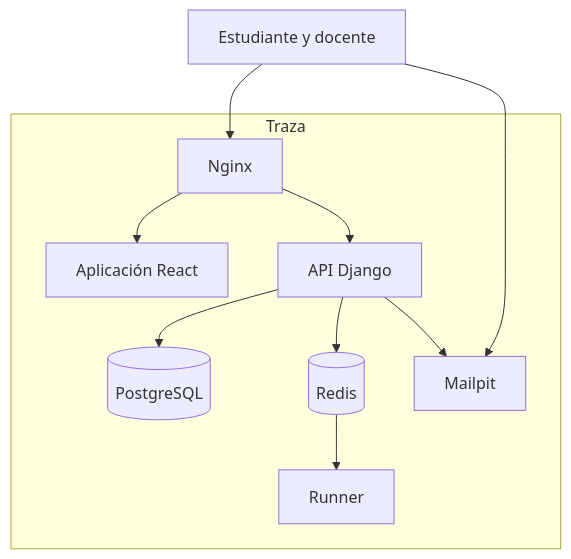
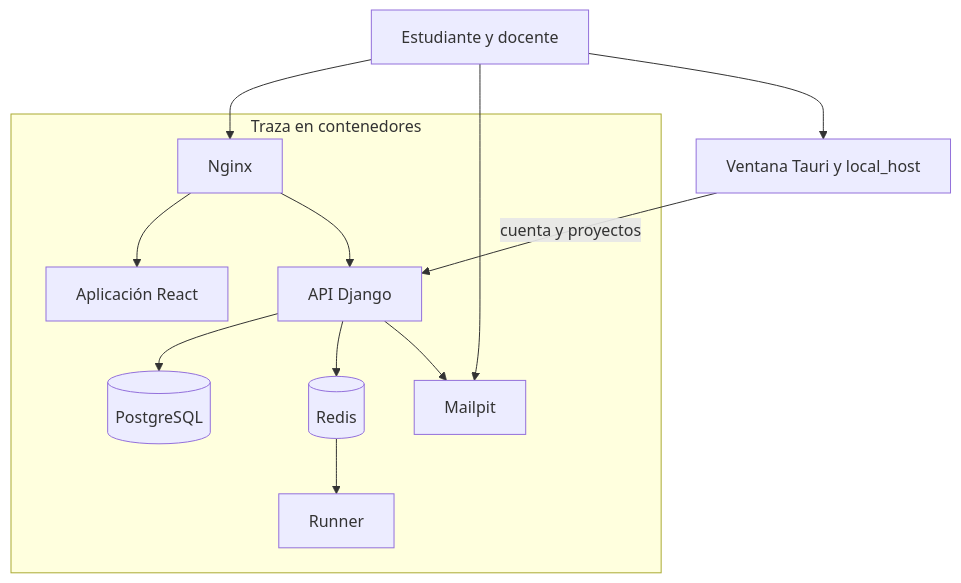
One commit to roque-code/FCDesign_client_server changed the second of 3 diagrams in docs/vistas/diagrama-c4.md. Above: the diagram before and after it, drawn with Mermaid. The commit also changed other lines of this file and 62 other files, not shown here.

````diff
--- a/docs/vistas/diagrama-c4.md
+++ b/docs/vistas/diagrama-c4.md
@@ -22,21 +22,24 @@
 ```mermaid
 flowchart TB
     est[Estudiante y docente]
-    subgraph traza [Traza]
+    desk[Ventana Tauri y local_host]
+    subgraph traza [Traza en contenedores]
         ngx[Nginx]
         spa[Aplicación React]
         api[API Django]
         run[Runner]
         pg[(PostgreSQL)]
         redis[(Redis)]
         mail[Mailpit]
     end
     est --> ngx
     est --> mail
+    est --> desk
+    desk -->|cuenta y proyectos| api
     ngx --> spa
     ngx --> api
     api --> pg
     api --> redis
     api --> mail
     redis --> run
 ```
````
